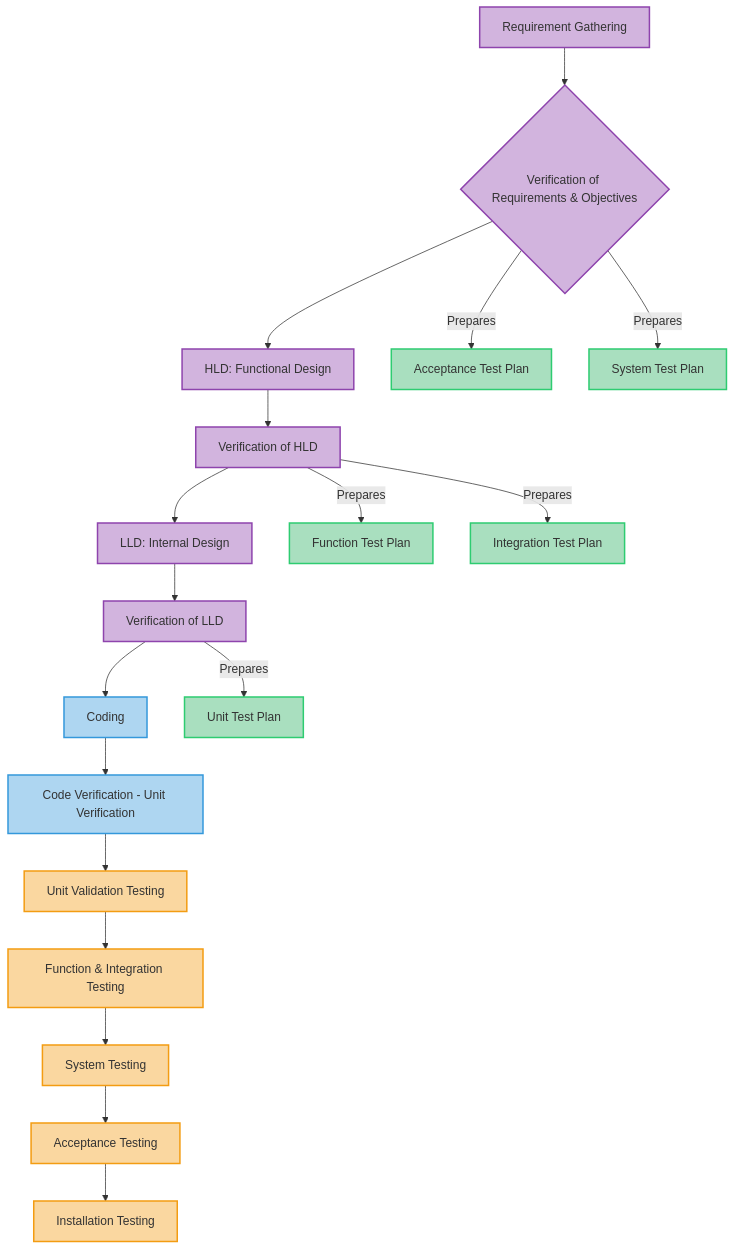
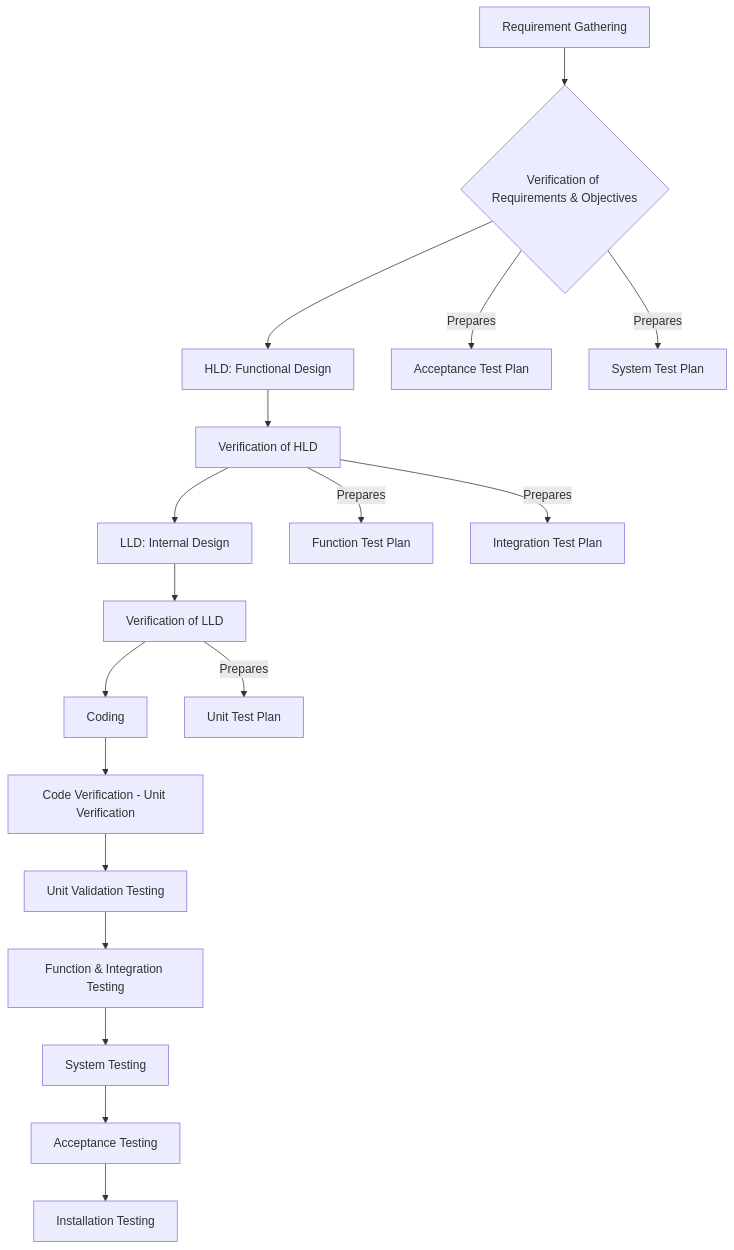
Before and after one commit to roroRathod/Sem7: the first of 2 diagrams in STQA/Mod 1.2 - Verification, Verification of Requirements, High Level Design, Low Level Design and Code.md, drawn with Mermaid. The commit also changed other lines of this file, not shown here.

````diff
--- a/STQA/Mod 1.2 - Verification, Verification of Requirements, High Level Design, Low Level Design and Code.md
+++ b/STQA/Mod 1.2 - Verification, Verification of Requirements, High Level Design, Low Level Design and Code.md
@@ -24,52 +24,40 @@
 ```mermaid 
 graph TB
     %% Left Arm (Development + Verification)
     A[Requirement Gathering] --> B{Verification of Requirements & Objectives}
     B --> C[HLD: Functional Design]
     C --> D[Verification of HLD]
     D --> E[LLD: Internal Design]
     E --> F[Verification of LLD]
     F --> G[Coding]
     G --> H[Code Verification - Unit Verification]
 
     %% Right Arm (Validation)
     H --> UTV[Unit Validation Testing]
     UTV --> FIT[Function & Integration Testing]
     FIT --> ST[System Testing]
     ST --> AT[Acceptance Testing]
     AT --> IT[Installation Testing]
 
     %% Test Plan Prep
     B -- Prepares --> AP[Acceptance Test Plan]
     B -- Prepares --> SP[System Test Plan]
     D -- Prepares --> FTP[Function Test Plan]
     D -- Prepares --> ITP[Integration Test Plan]
     F -- Prepares --> UTP[Unit Test Plan]
 
     %% Positioning hacks for V shape
     A:::left
     B:::left
     C:::left
     D:::left
     E:::left
     F:::left
     G:::bottom
     H:::bottom
     UTV:::right
     FIT:::right
     ST:::right
     AT:::right
     IT:::right
-
-    %% Styles
-    classDef left fill:#D2B4DE,stroke:#8E44AD,stroke-width:2px
-    classDef right fill:#FAD7A0,stroke:#F39C12,stroke-width:2px
-    classDef bottom fill:#AED6F1,stroke:#3498DB,stroke-width:2px
-
-    style AP fill:#A9DFBF,stroke:#2ECC71,stroke-width:2px
-    style SP fill:#A9DFBF,stroke:#2ECC71,stroke-width:2px
-    style FTP fill:#A9DFBF,stroke:#2ECC71,stroke-width:2px
-    style ITP fill:#A9DFBF,stroke:#2ECC71,stroke-width:2px
-    style UTP fill:#A9DFBF,stroke:#2ECC71,stroke-width:2px
-
 ```
````
